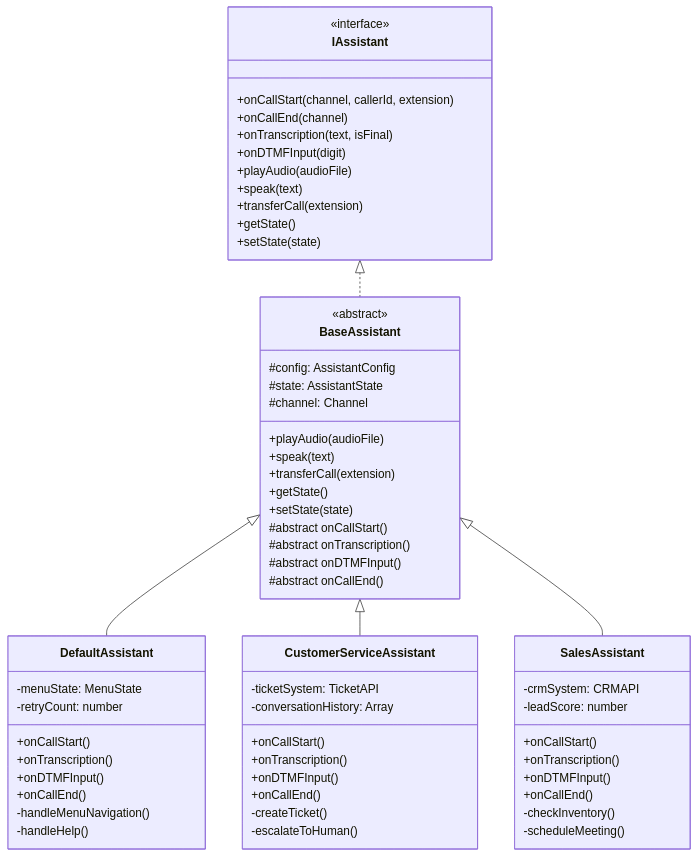
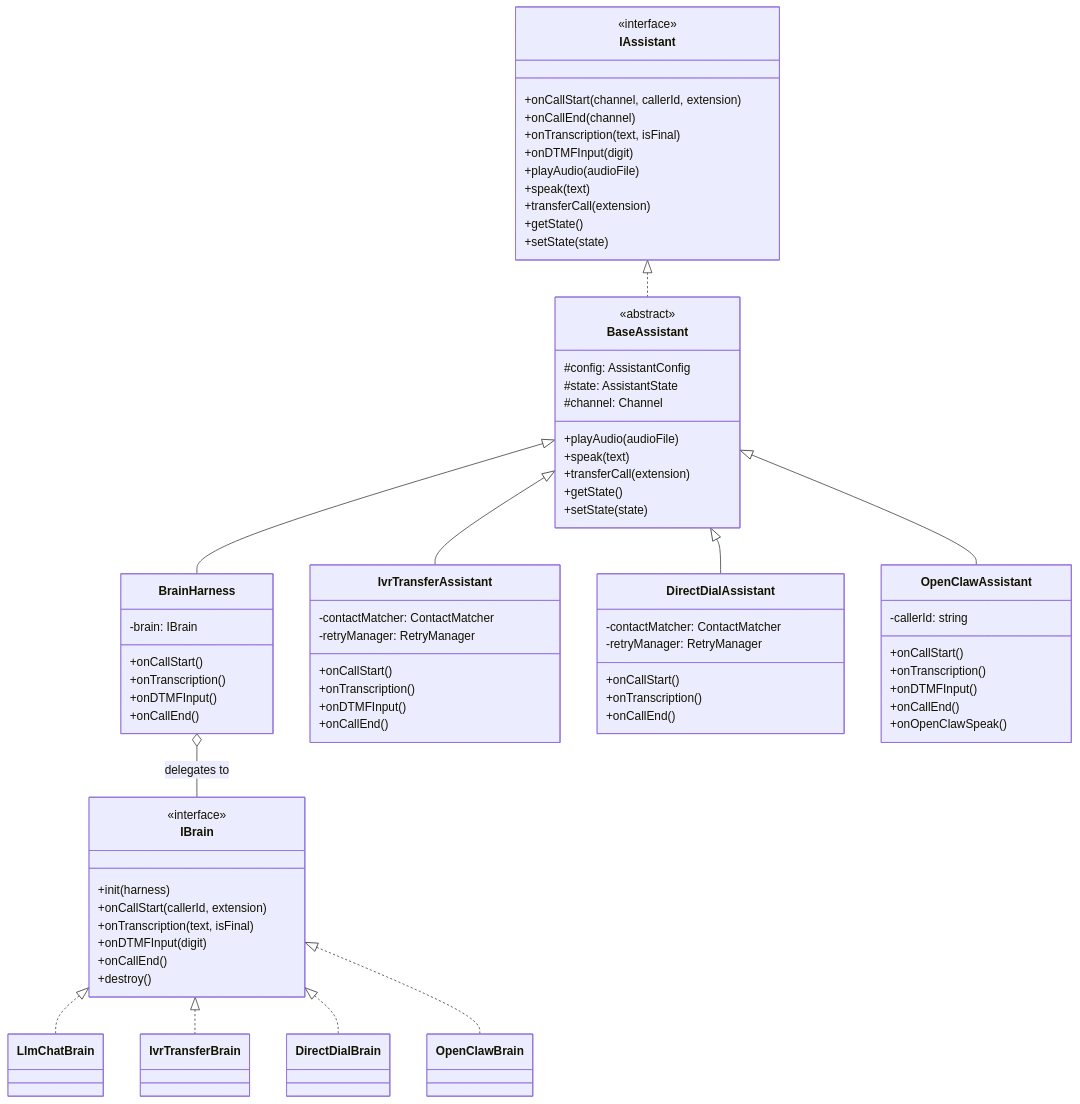
One commit to alexiokay/AriLink changed the second of 5 diagrams in docs/ASSISTANT-ARCHITECTURE.md. Above: the diagram before and after it, drawn with Mermaid. The commit also changed other lines of this file and 15 other files, not shown here.

````diff
--- a/docs/ASSISTANT-ARCHITECTURE.md
+++ b/docs/ASSISTANT-ARCHITECTURE.md
@@ -97,69 +114,82 @@
 ```mermaid
 classDiagram
     class IAssistant {
         <<interface>>
         +onCallStart(channel, callerId, extension)
         +onCallEnd(channel)
         +onTranscription(text, isFinal)
         +onDTMFInput(digit)
         +playAudio(audioFile)
         +speak(text)
         +transferCall(extension)
         +getState()
         +setState(state)
     }
 
     class BaseAssistant {
         <<abstract>>
         #config: AssistantConfig
         #state: AssistantState
         #channel: Channel
         +playAudio(audioFile)
         +speak(text)
         +transferCall(extension)
         +getState()
         +setState(state)
-        #abstract onCallStart()
-        #abstract onTranscription()
-        #abstract onDTMFInput()
-        #abstract onCallEnd()
     }
 
-    class DefaultAssistant {
-        -menuState: MenuState
-        -retryCount: number
+    class BrainHarness {
+        -brain: IBrain
         +onCallStart()
         +onTranscription()
         +onDTMFInput()
         +onCallEnd()
-        -handleMenuNavigation()
-        -handleHelp()
     }
 
-    class CustomerServiceAssistant {
-        -ticketSystem: TicketAPI
-        -conversationHistory: Array
+    class IBrain {
+        <<interface>>
+        +init(harness)
+        +onCallStart(callerId, extension)
+        +onTranscription(text, isFinal)
+        +onDTMFInput(digit)
+        +onCallEnd()
+        +destroy()
+    }
+
+    class IvrTransferAssistant {
+        -contactMatcher: ContactMatcher
+        -retryManager: RetryManager
         +onCallStart()
         +onTranscription()
         +onDTMFInput()
         +onCallEnd()
-        -createTicket()
-        -escalateToHuman()
     }
 
-    class SalesAssistant {
-        -crmSystem: CRMAPI
-        -leadScore: number
+    class DirectDialAssistant {
+        -contactMatcher: ContactMatcher
+        -retryManager: RetryManager
+        +onCallStart()
+        +onTranscription()
+        +onCallEnd()
+    }
+
+    class OpenClawAssistant {
+        -callerId: string
         +onCallStart()
         +onTranscription()
         +onDTMFInput()
         +onCallEnd()
-        -checkInventory()
-        -scheduleMeeting()
+        +onOpenClawSpeak()
     }
 
     IAssistant <|.. BaseAssistant
-    BaseAssistant <|-- DefaultAssistant
-    BaseAssistant <|-- CustomerServiceAssistant
-    BaseAssistant <|-- SalesAssistant
+    BaseAssistant <|-- IvrTransferAssistant
+    BaseAssistant <|-- DirectDialAssistant
+    BaseAssistant <|-- OpenClawAssistant
+    BaseAssistant <|-- BrainHarness
+    BrainHarness o-- IBrain : delegates to
+    IBrain <|.. LlmChatBrain
+    IBrain <|.. IvrTransferBrain
+    IBrain <|.. DirectDialBrain
+    IBrain <|.. OpenClawBrain
 ```
````
